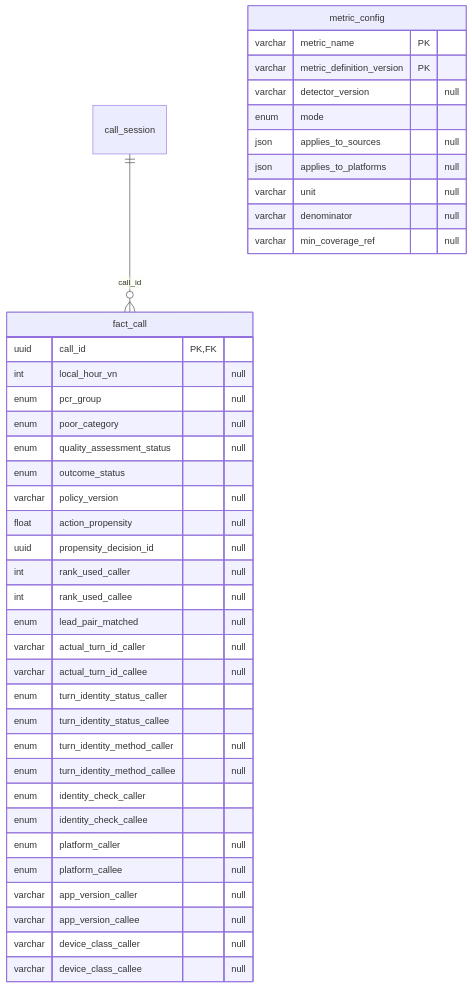
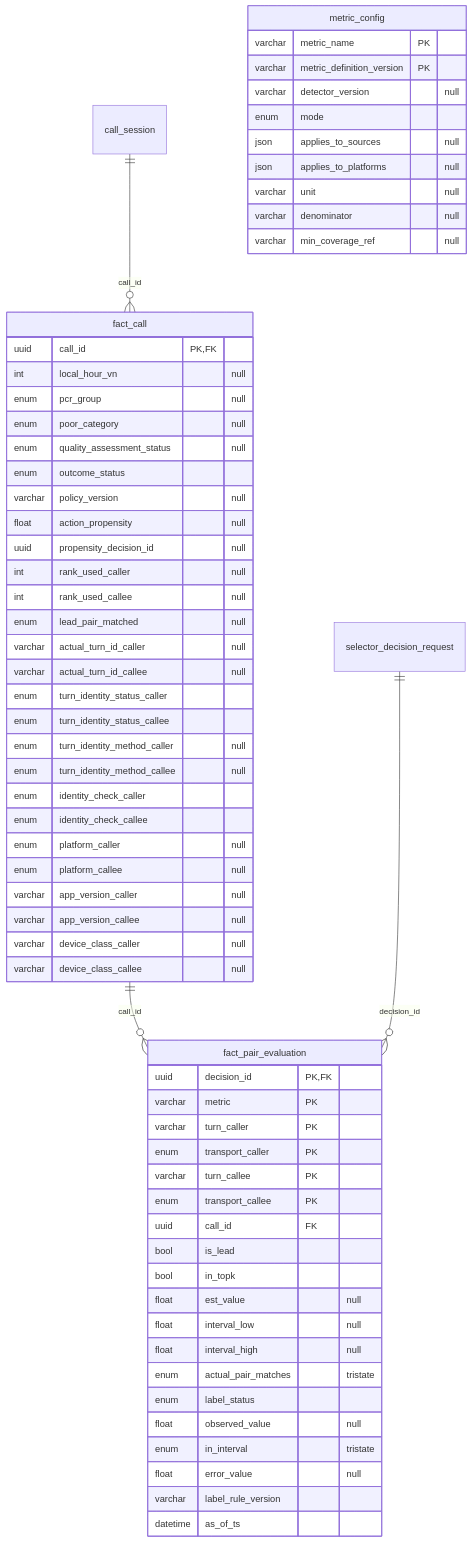
Before and after one commit to QuocHiep123/Pharse3: the ninth of 11 diagrams in docs/w2-data-contract/So_do_database_Data_Contract_v0.5.0.md, drawn with Mermaid. The commit also changed other lines of this file and 3 other files, not shown here.

First line of the commit message:
docs: rà soát toàn bộ tài liệu, sửa số liệu cũ và bổ sung ERD

````diff
--- a/docs/w2-data-contract/So_do_database_Data_Contract_v0.5.0.md
+++ b/docs/w2-data-contract/So_do_database_Data_Contract_v0.5.0.md
@@ -900,43 +900,67 @@
 ```mermaid
 erDiagram
     call_session ||--o{ fact_call : "call_id"
+    fact_call ||--o{ fact_pair_evaluation : "call_id"
+    selector_decision_request ||--o{ fact_pair_evaluation : "decision_id"
     fact_call {
         uuid call_id PK,FK
         int local_hour_vn "null"
         enum pcr_group "null"
         enum poor_category "null"
         enum quality_assessment_status "null"
         enum outcome_status
         varchar policy_version "null"
         float action_propensity "null"
         uuid propensity_decision_id "null"
         int rank_used_caller "null"
         int rank_used_callee "null"
         enum lead_pair_matched "null"
         varchar actual_turn_id_caller "null"
         varchar actual_turn_id_callee "null"
         enum turn_identity_status_caller
         enum turn_identity_status_callee
         enum turn_identity_method_caller "null"
         enum turn_identity_method_callee "null"
         enum identity_check_caller
         enum identity_check_callee
         enum platform_caller "null"
         enum platform_callee "null"
         varchar app_version_caller "null"
         varchar app_version_callee "null"
         varchar device_class_caller "null"
         varchar device_class_callee "null"
     }
+    fact_pair_evaluation {
+        uuid decision_id PK,FK
+        varchar metric PK
+        varchar turn_caller PK
+        enum transport_caller PK
+        varchar turn_callee PK
+        enum transport_callee PK
+        uuid call_id FK
+        bool is_lead
+        bool in_topk
+        float est_value "null"
+        float interval_low "null"
+        float interval_high "null"
+        enum actual_pair_matches "tristate"
+        enum label_status
+        float observed_value "null"
+        enum in_interval "tristate"
+        float error_value "null"
+        varchar label_rule_version
+        datetime as_of_ts
+    }
     metric_config {
         varchar metric_name PK
         varchar metric_definition_version PK
         varchar detector_version "null"
+
         enum mode
         json applies_to_sources "null"
         json applies_to_platforms "null"
         varchar unit "null"
         varchar denominator "null"
         varchar min_coverage_ref "null"
     }
 ```
````
